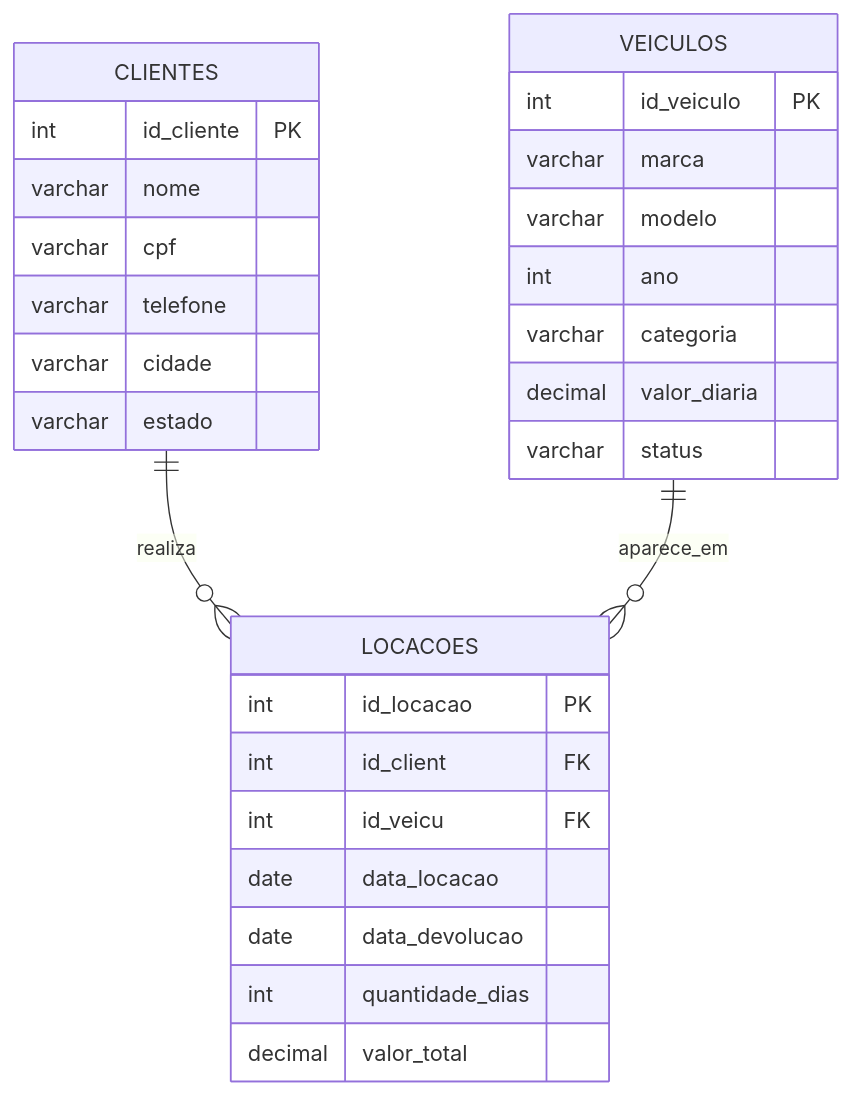
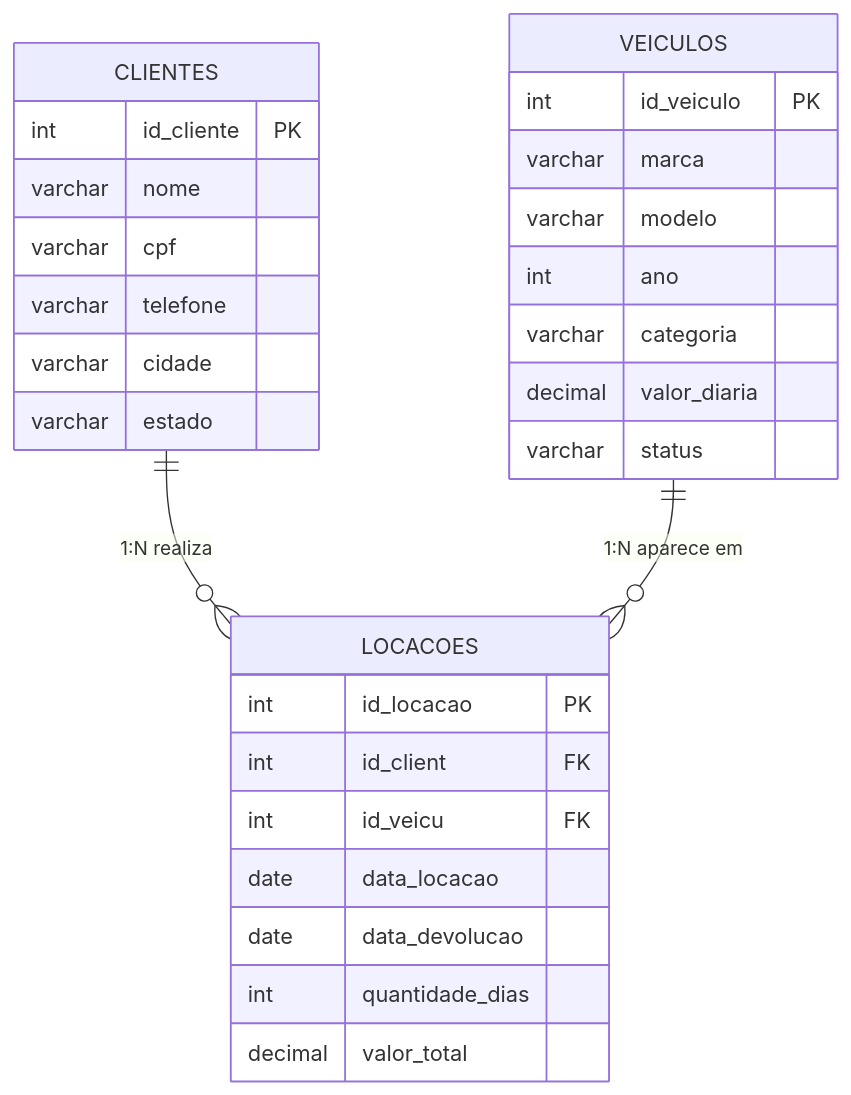
One commit to FelipeEvangelistaNeves/UMC_DB changed the diagram in 09_30/mer.md. Above: the diagram before and after it, drawn with Mermaid. The commit also changed other lines of this file and 1 other file, not shown here.

````diff
--- a/09_30/mer.md
+++ b/09_30/mer.md
@@ -13,34 +13,34 @@
 ```mermaid
 erDiagram
-	CLIENTES ||--o{ LOCACOES : realiza
-	VEICULOS ||--o{ LOCACOES : aparece_em
+	CLIENTES ||--o{ LOCACOES : "1:N realiza"
+	VEICULOS ||--o{ LOCACOES : "1:N aparece em"
 
 	CLIENTES {
 		int id_cliente PK
 		varchar nome
 		varchar cpf
 		varchar telefone
 		varchar cidade
 		varchar estado
 	}
 
 	VEICULOS {
 		int id_veiculo PK
 		varchar marca
 		varchar modelo
 		int ano
 		varchar categoria
 		decimal valor_diaria
 		varchar status
 	}
 
 	LOCACOES {
 		int id_locacao PK
 		int id_client FK
 		int id_veicu FK
 		date data_locacao
 		date data_devolucao
 		int quantidade_dias
 		decimal valor_total
 	}
 ```
````
